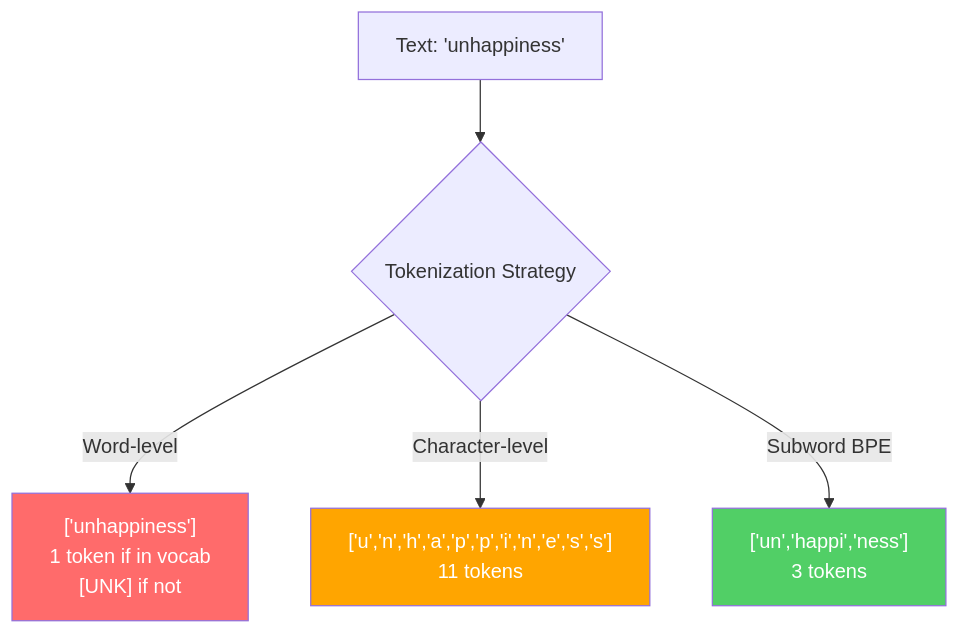
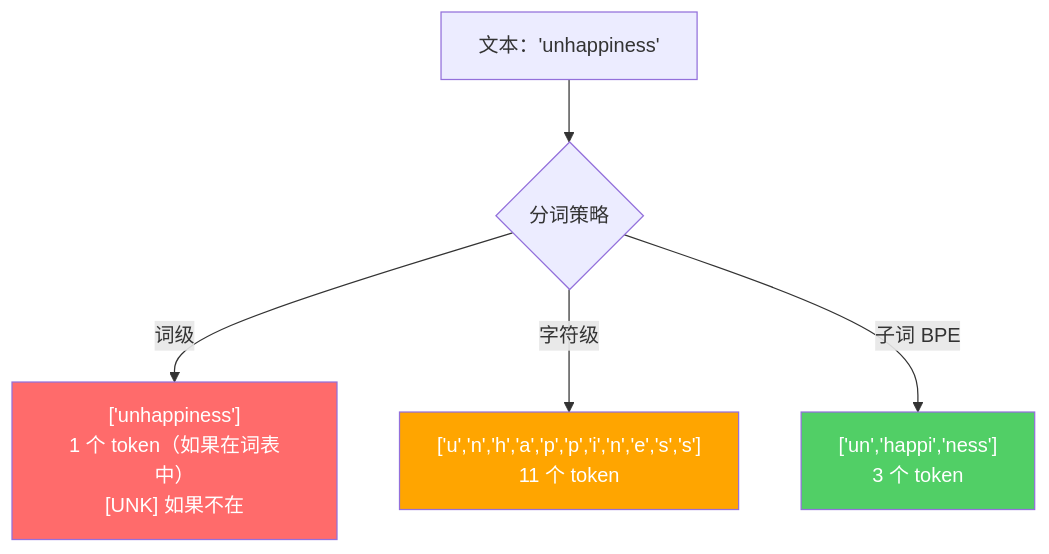
Before and after one commit to guangningsun/ailearning: the first of 3 diagrams in lessons/10-llms-from-scratch/01-tokenizers/docs/zh.md, drawn with Mermaid. The commit also changed other lines of this file and 24 other files, not shown here.

````diff
--- a/lessons/10-llms-from-scratch/01-tokenizers/docs/zh.md
+++ b/lessons/10-llms-from-scratch/01-tokenizers/docs/zh.md
@@ -41,11 +41,11 @@
 ```mermaid
 graph TD
-    A["Text: 'unhappiness'"] --> B{"Tokenization Strategy"}
-    B -->|Word-level| C["['unhappiness']\n1 token if in vocab\n[UNK] if not"]
-    B -->|Character-level| D["['u','n','h','a','p','p','i','n','e','s','s']\n11 tokens"]
-    B -->|Subword BPE| E["['un','happi','ness']\n3 tokens"]
+    A["文本：'unhappiness'"] --> B{"分词策略"}
+    B -->|词级| C["['unhappiness']\n1 个 token（如果在词表中）\n[UNK] 如果不在"]
+    B -->|字符级| D["['u','n','h','a','p','p','i','n','e','s','s']\n11 个 token"]
+    B -->|子词 BPE| E["['un','happi','ness']\n3 个 token"]
 
     style C fill:#ff6b6b,color:#fff
     style D fill:#ffa500,color:#fff
     style E fill:#51cf66,color:#fff
 ```
````
